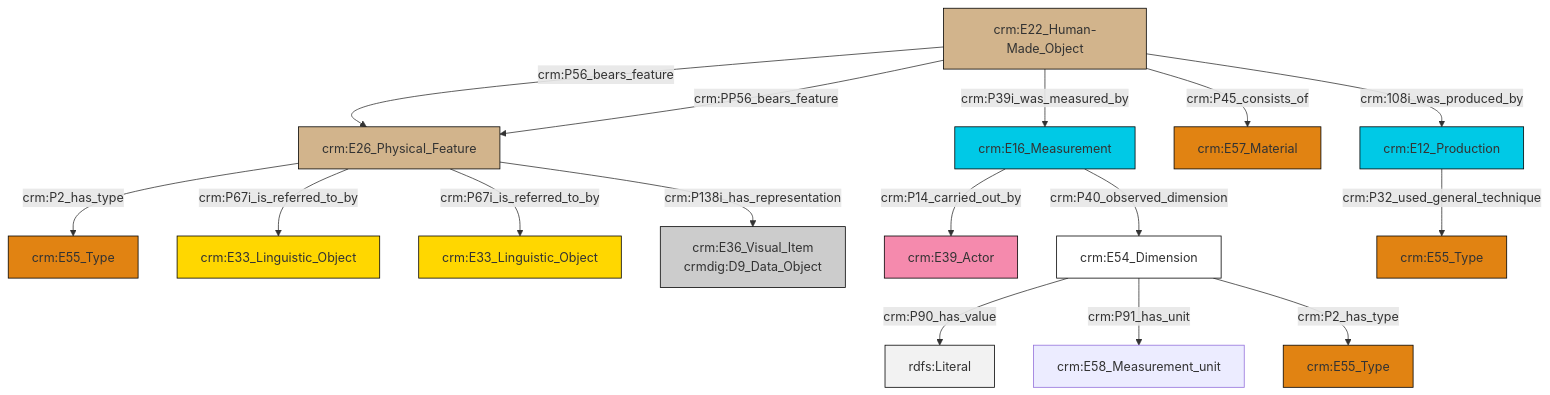
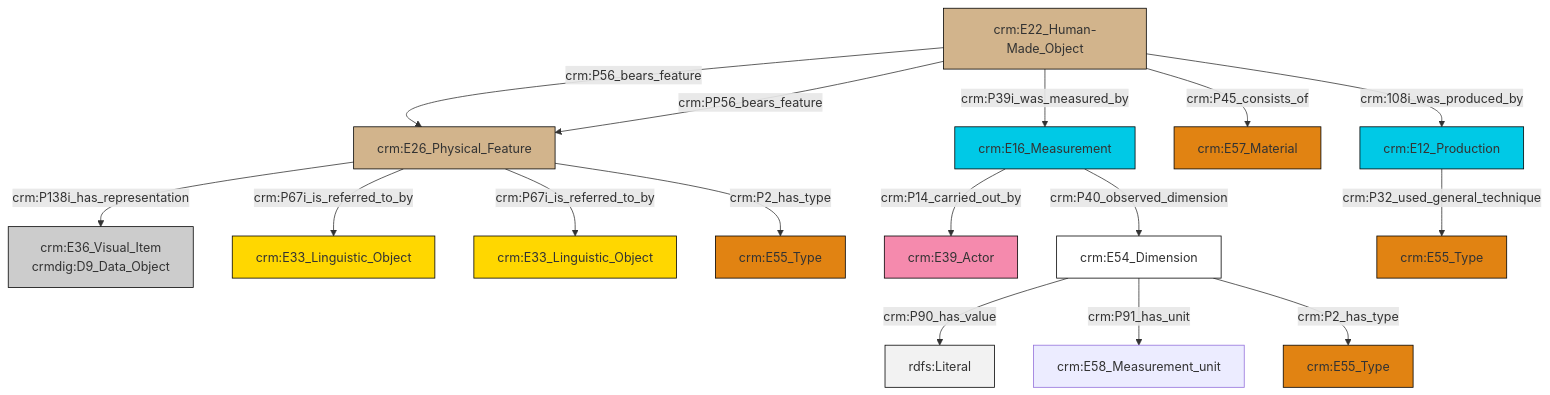
One commit to swiss-art-research-net/docs.swissartresearch changed the diagram in et/carrierCSV/ttl/mmd/carrier_substance.ttl.mmd. Above: the diagram before and after it, drawn with Mermaid. The commit also changed 179 other files, not shown here.

```diff
--- a/et/carrierCSV/ttl/mmd/carrier_substance.ttl.mmd
+++ b/et/carrierCSV/ttl/mmd/carrier_substance.ttl.mmd
@@ -1,30 +1,30 @@
 graph TD
 classDef Literal fill:#f2f2f2,stroke:#000000;
 classDef CRM_Entity fill:#FFFFFF,stroke:#000000;
 classDef Temporal_Entity fill:#00C9E6, stroke:#000000;
 classDef Type fill:#E18312, stroke:#000000;
 classDef Time-Span fill:#2C9C91, stroke:#000000;
 classDef Appellation fill:#FFEB7F, stroke:#000000;
 classDef Place fill:#008836, stroke:#000000;
 classDef Persistent_Item fill:#B266B2, stroke:#000000;
 classDef Conceptual_Object fill:#FFD700, stroke:#000000;
 classDef Physical_Thing fill:#D2B48C, stroke:#000000;
 classDef Actor fill:#f58aad, stroke:#000000;
 classDef PC_Classes fill:#4ce600, stroke:#000000;
 classDef Multi fill:#cccccc,stroke:#000000;
 
-0["crm:E16_Measurement"]:::Temporal_Entity -->|crm:P14_carried_out_by| 1["crm:E39_Actor"]:::Actor
-2["crm:E26_Physical_Feature"]:::Physical_Thing -->|crm:P2_has_type| 6["crm:E55_Type"]:::Type
-11["crm:E22_Human-Made_Object"]:::Physical_Thing -->|crm:P56_bears_feature| 2["crm:E26_Physical_Feature"]:::Physical_Thing
-11["crm:E22_Human-Made_Object"]:::Physical_Thing -->|crm:PP56_bears_feature| 2["crm:E26_Physical_Feature"]:::Physical_Thing
-15["crm:E12_Production"]:::Temporal_Entity -->|crm:P32_used_general_technique| 4["crm:E55_Type"]:::Type
-13["crm:E54_Dimension"]:::CRM_Entity -->|crm:P90_has_value| 20[rdfs:Literal]:::Literal
-11["crm:E22_Human-Made_Object"]:::Physical_Thing -->|crm:P39i_was_measured_by| 0["crm:E16_Measurement"]:::Temporal_Entity
-13["crm:E54_Dimension"]:::CRM_Entity -->|crm:P91_has_unit| 24["crm:E58_Measurement_unit"]:::Default
-13["crm:E54_Dimension"]:::CRM_Entity -->|crm:P2_has_type| 9["crm:E55_Type"]:::Type
-2["crm:E26_Physical_Feature"]:::Physical_Thing -->|crm:P67i_is_referred_to_by| 25["crm:E33_Linguistic_Object"]:::Conceptual_Object
-2["crm:E26_Physical_Feature"]:::Physical_Thing -->|crm:P67i_is_referred_to_by| 21["crm:E33_Linguistic_Object"]:::Conceptual_Object
-11["crm:E22_Human-Made_Object"]:::Physical_Thing -->|crm:P45_consists_of| 17["crm:E57_Material"]:::Type
-0["crm:E16_Measurement"]:::Temporal_Entity -->|crm:P40_observed_dimension| 13["crm:E54_Dimension"]:::CRM_Entity
-11["crm:E22_Human-Made_Object"]:::Physical_Thing -->|crm:108i_was_produced_by| 15["crm:E12_Production"]:::Temporal_Entity
-2["crm:E26_Physical_Feature"]:::Physical_Thing -->|crm:P138i_has_representation| 7["crm:E36_Visual_Item<br>crmdig:D9_Data_Object"]:::Multi
+0["crm:E54_Dimension"]:::CRM_Entity -->|crm:P90_has_value| 1[rdfs:Literal]:::Literal
+6["crm:E22_Human-Made_Object"]:::Physical_Thing -->|crm:P56_bears_feature| 7["crm:E26_Physical_Feature"]:::Physical_Thing
+0["crm:E54_Dimension"]:::CRM_Entity -->|crm:P91_has_unit| 4["crm:E58_Measurement_unit"]:::Default
+6["crm:E22_Human-Made_Object"]:::Physical_Thing -->|crm:PP56_bears_feature| 7["crm:E26_Physical_Feature"]:::Physical_Thing
+7["crm:E26_Physical_Feature"]:::Physical_Thing -->|crm:P138i_has_representation| 2["crm:E36_Visual_Item<br>crmdig:D9_Data_Object"]:::Multi
+15["crm:E16_Measurement"]:::Temporal_Entity -->|crm:P14_carried_out_by| 16["crm:E39_Actor"]:::Actor
+15["crm:E16_Measurement"]:::Temporal_Entity -->|crm:P40_observed_dimension| 0["crm:E54_Dimension"]:::CRM_Entity
+7["crm:E26_Physical_Feature"]:::Physical_Thing -->|crm:P67i_is_referred_to_by| 9["crm:E33_Linguistic_Object"]:::Conceptual_Object
+6["crm:E22_Human-Made_Object"]:::Physical_Thing -->|crm:P39i_was_measured_by| 15["crm:E16_Measurement"]:::Temporal_Entity
+20["crm:E12_Production"]:::Temporal_Entity -->|crm:P32_used_general_technique| 17["crm:E55_Type"]:::Type
+0["crm:E54_Dimension"]:::CRM_Entity -->|crm:P2_has_type| 12["crm:E55_Type"]:::Type
+7["crm:E26_Physical_Feature"]:::Physical_Thing -->|crm:P67i_is_referred_to_by| 25["crm:E33_Linguistic_Object"]:::Conceptual_Object
+6["crm:E22_Human-Made_Object"]:::Physical_Thing -->|crm:P45_consists_of| 21["crm:E57_Material"]:::Type
+6["crm:E22_Human-Made_Object"]:::Physical_Thing -->|crm:108i_was_produced_by| 20["crm:E12_Production"]:::Temporal_Entity
+7["crm:E26_Physical_Feature"]:::Physical_Thing -->|crm:P2_has_type| 23["crm:E55_Type"]:::Type
```
